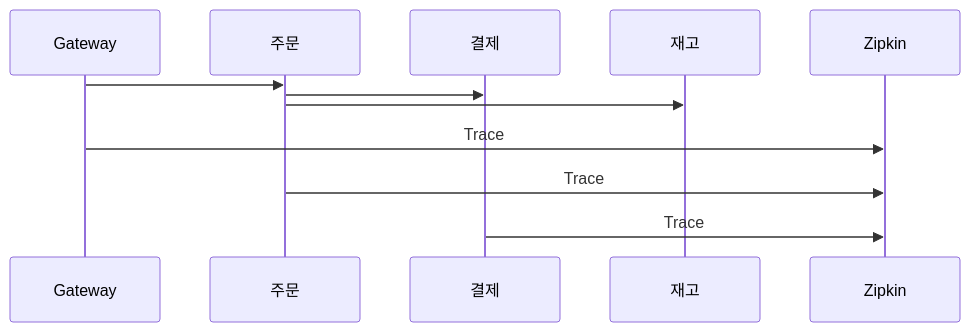
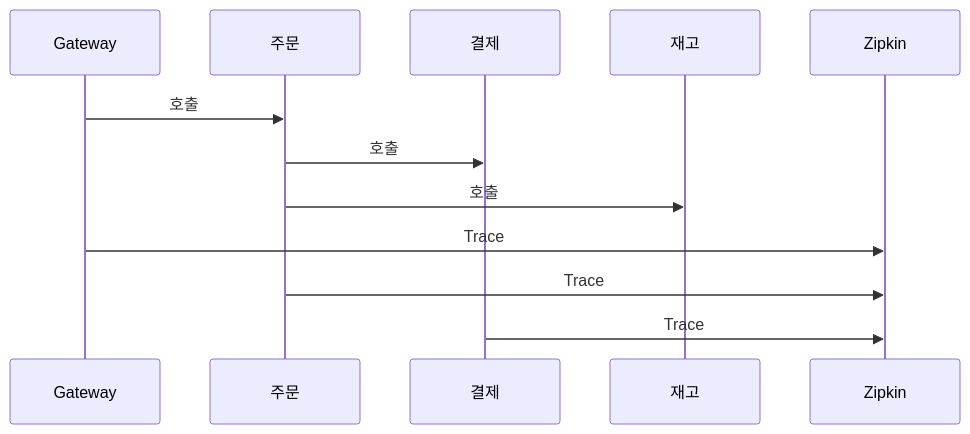
Diagram 12 of 15 in _posts/architecture/2026-05-02-msa-deep.md (yjkim2015/yjkim2015.github.io), drawn with Mermaid before and after one commit. The commit also changed other lines of this file and 85 other files, not shown here.

First line of the commit message:
sequenceDiagram 문법 에러 2차 수정 169개 (86파일)

````diff
--- a/_posts/architecture/2026-05-02-msa-deep.md
+++ b/_posts/architecture/2026-05-02-msa-deep.md
@@ -379,9 +379,9 @@
 ```mermaid
 sequenceDiagram
-    Gateway->>주문:
-    주문->>결제:
-    주문->>재고:
+    Gateway->>주문: 호출
+    주문->>결제: 호출
+    주문->>재고: 호출
     Gateway->>Zipkin: Trace
     주문->>Zipkin: Trace
     결제->>Zipkin: Trace
 ```
````
